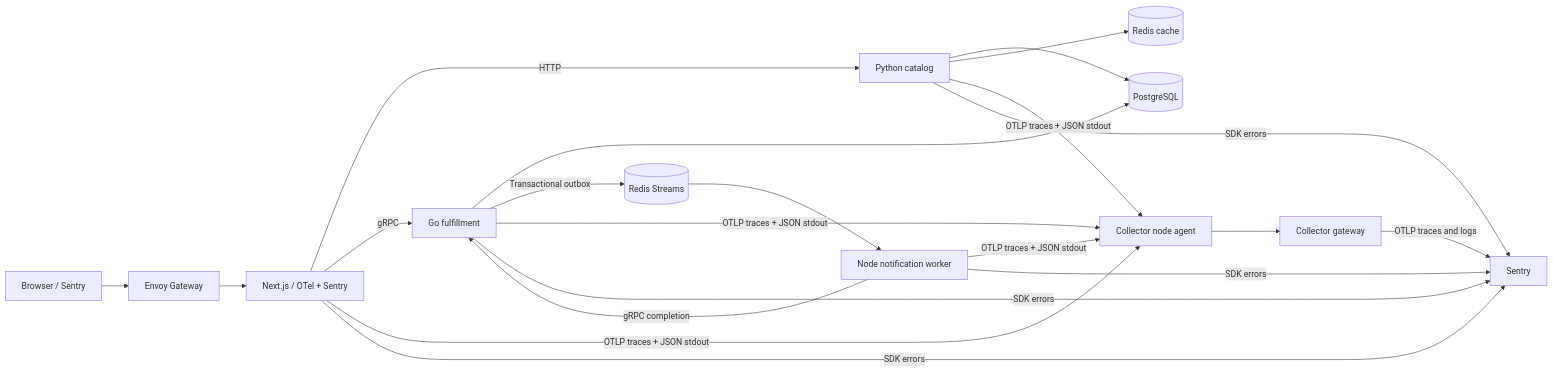
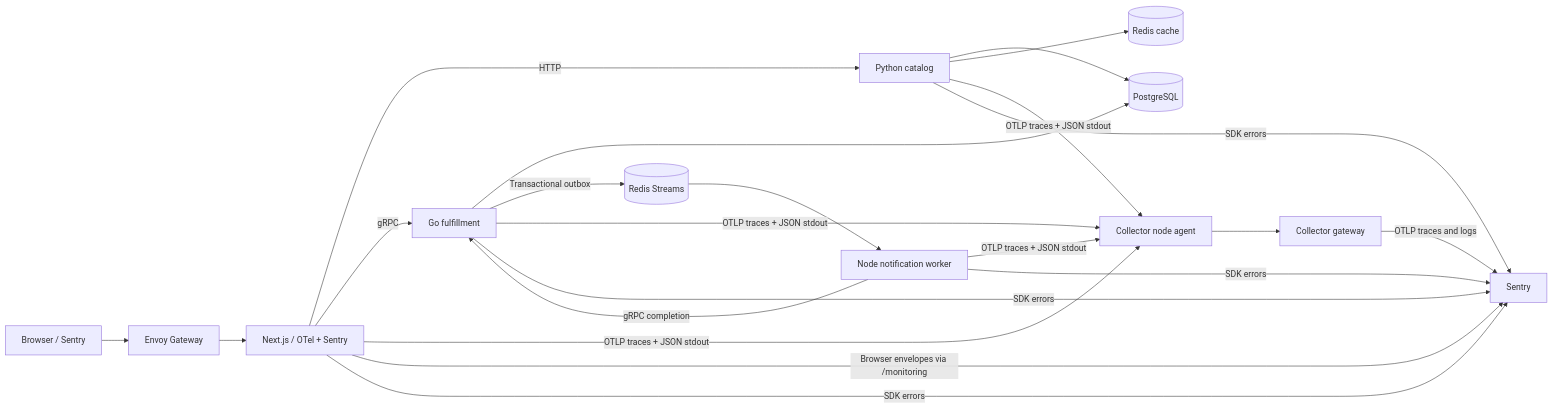
One commit to nikolovlazar/sentry-otel-kube-workshop changed the diagram in README.md. Above: the diagram before and after it, drawn with Mermaid. The commit also changed 2 other files, not shown here.

Commit message:
Tunnel browser telemetry through Next.js

````diff
--- a/README.md
+++ b/README.md
@@ -7,17 +7,18 @@
 ```mermaid
 flowchart LR
   B[Browser / Sentry] --> E[Envoy Gateway]
   E --> W[Next.js / OTel + Sentry]
   W -->|HTTP| C[Python catalog]
   W -->|gRPC| F[Go fulfillment]
   C --> P[(PostgreSQL)]
   C --> R[(Redis cache)]
   F --> P
   F -->|Transactional outbox| Q[(Redis Streams)]
   Q --> N[Node notification worker]
   N -->|gRPC completion| F
   W & C & F & N -->|OTLP traces + JSON stdout| A[Collector node agent]
   A --> G[Collector gateway]
   G -->|OTLP traces and logs| S[Sentry]
+  W -->|Browser envelopes via /monitoring| S
   W & C & F & N -->|SDK errors| S
 ```
````
